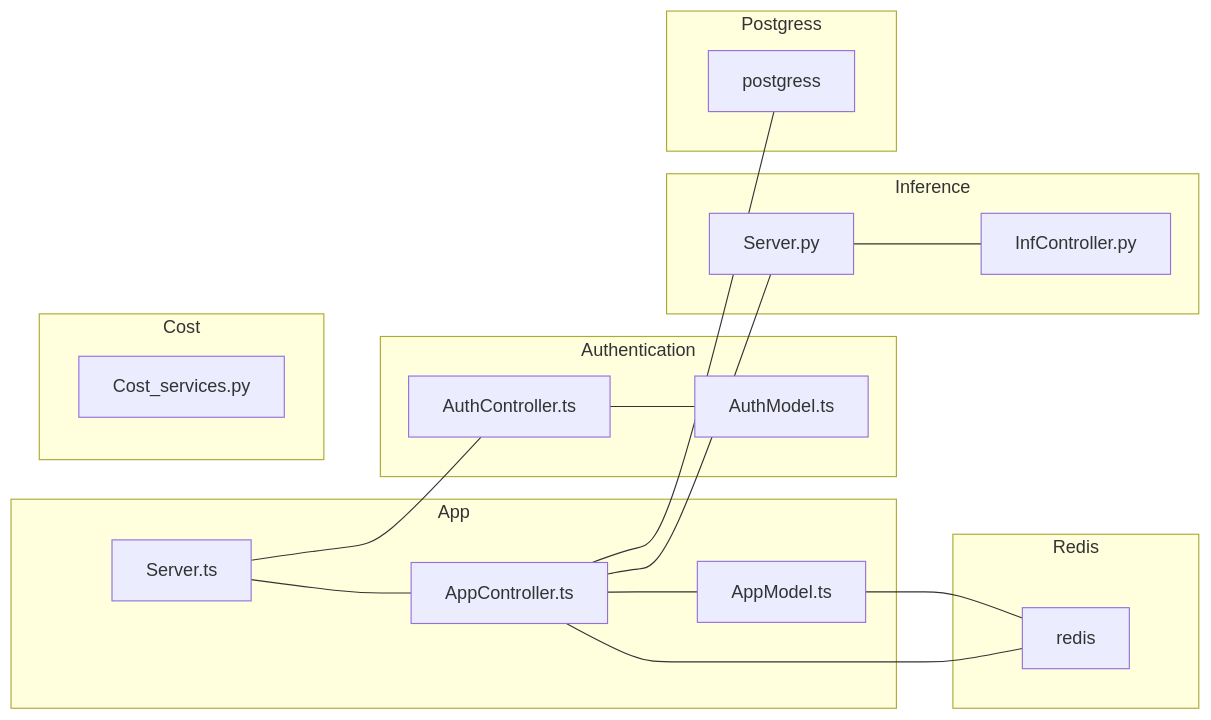
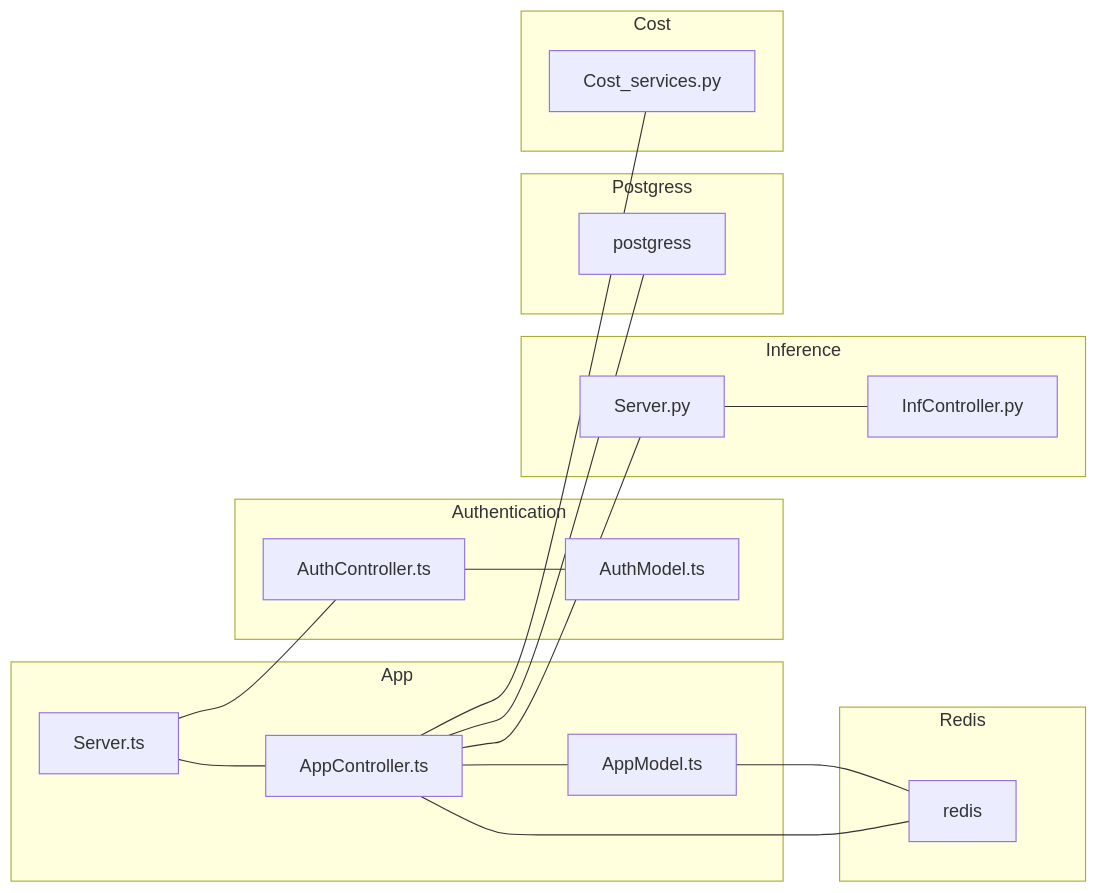
The second of 8 diagrams in README.md (AgneseBruglia/PA2024), drawn with Mermaid before and after one commit.

````diff
--- a/README.md
+++ b/README.md
@@ -30,41 +30,42 @@
 ```mermaid
 graph LR;
     subgraph App
     Server.ts --- AppController.ts 
     AppController.ts 
     AppModel.ts 
     AppController.ts --- AppModel.ts
     end
 
     subgraph Redis
     redis
     end
 
     subgraph Authentication
     Server.ts --- AuthController.ts
     AuthController.ts 
     AuthModel.ts 
     AuthController.ts --- AuthModel.ts
     end
 
     subgraph Inference
     Server.py --- InfController.py
     InfController.py
     end
 
     subgraph Postgress
     postgress
     end
 
     subgraph Cost
     Cost_services.py
     end
 
     AppModel.ts --- redis
     AppController.ts --- postgress
     AppController.ts --- Server.py
     AppController.ts --- redis
+    AppController.ts --- Cost_services.py
      
 
     
 ```
````
